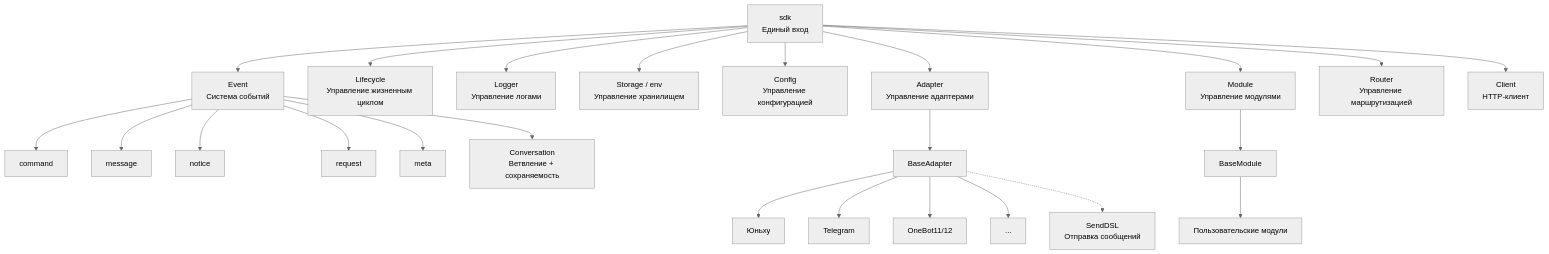
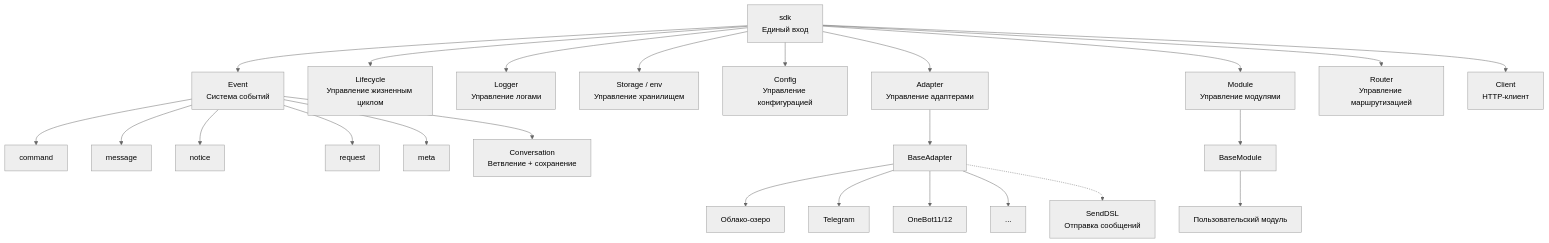
The first of 9 diagrams in docs/ru/architecture.md (ErisPulse/ErisPulse), drawn with Mermaid (neutral theme) before and after one commit. The commit also changed other lines of this file and 91 other files, not shown here.

````diff
--- a/docs/ru/architecture.md
+++ b/docs/ru/architecture.md
@@ -9,30 +9,31 @@
 ```mermaid
 graph TB
     SDK["sdk<br/>Единый вход"]
+
     SDK --> Event["Event<br/>Система событий"]
     SDK --> Lifecycle["Lifecycle<br/>Управление жизненным циклом"]
     SDK --> Logger["Logger<br/>Управление логами"]
     SDK --> Storage["Storage / env<br/>Управление хранилищем"]
     SDK --> Config["Config<br/>Управление конфигурацией"]
     SDK --> AdapterMgr["Adapter<br/>Управление адаптерами"]
     SDK --> ModuleMgr["Module<br/>Управление модулями"]
     SDK --> Router["Router<br/>Управление маршрутизацией"]
     SDK --> Client["Client<br/>HTTP-клиент"]
     Event --> Command["command"]
     Event --> Message["message"]
     Event --> Notice["notice"]
     Event --> Request["request"]
     Event --> Meta["meta"]
-    Event --> Conversation["Conversation<br/>Ветвление + сохраняемость"]
+    Event --> Conversation["Conversation<br/>Ветвление + сохранение"]
 
     AdapterMgr --> BaseAdapter["BaseAdapter"]
-    BaseAdapter --> P1["Юньху"]
+    BaseAdapter --> P1["Облако-озеро"]
     BaseAdapter --> P2["Telegram"]
     BaseAdapter --> P3["OneBot11/12"]
     BaseAdapter --> PN["..."]
 
     ModuleMgr --> BaseModule["BaseModule"]
-    BaseModule --> CM["Пользовательские модули"]
+    BaseModule --> CM["Пользовательский модуль"]
 
     BaseAdapter -.-> SendDSL["SendDSL<br/>Отправка сообщений"]
 ```
````
